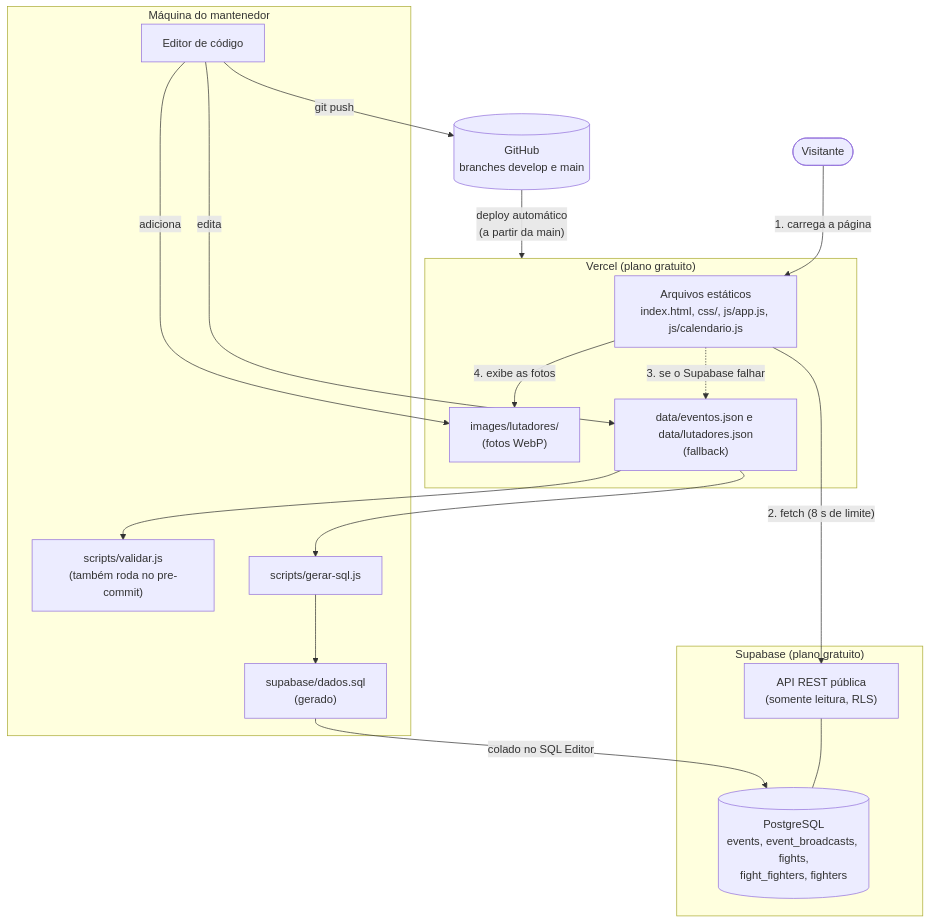
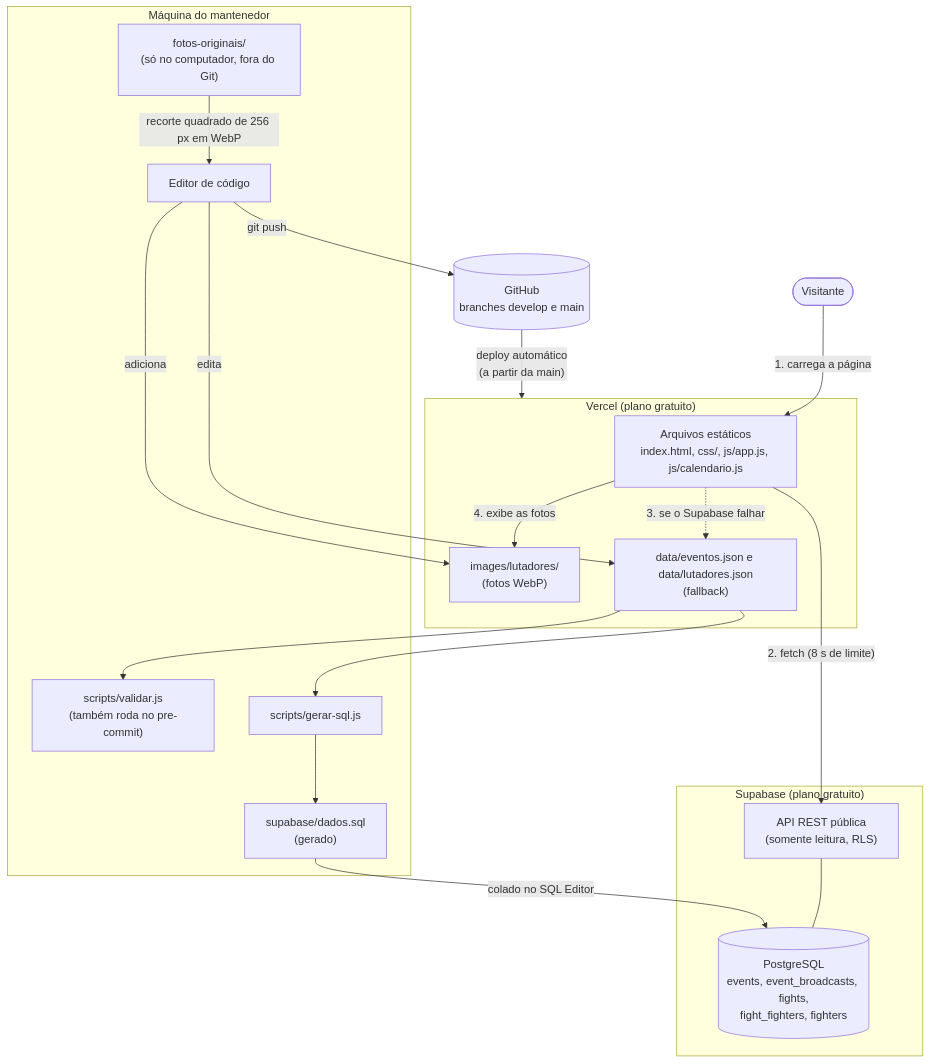
The second of 3 diagrams in docs/arquitetura.md (Gabriel-de-Lima-R/fight-club-events), drawn with Mermaid before and after one commit. The commit also changed other lines of this file and 2 other files, not shown here.

Commit message:
docs: atualiza CLAUDE.md, README e arquitetura com as fotos dos lutadores

````diff
--- a/docs/arquitetura.md
+++ b/docs/arquitetura.md
@@ -31,38 +31,40 @@
 ```mermaid
 flowchart TB
     visitante(["Visitante"])
 
     subgraph vercel ["Vercel (plano gratuito)"]
         estaticos["Arquivos estáticos<br/>index.html, css/, js/app.js, js/calendario.js"]
         fotos["images/lutadores/<br/>(fotos WebP)"]
         json["data/eventos.json e data/lutadores.json<br/>(fallback)"]
     end
 
     subgraph supabase ["Supabase (plano gratuito)"]
         api["API REST pública<br/>(somente leitura, RLS)"]
         banco[("PostgreSQL<br/>events, event_broadcasts, fights,<br/>fight_fighters, fighters")]
         api --- banco
     end
 
     subgraph maquina ["Máquina do mantenedor"]
         editor["Editor de código"]
         validar["scripts/validar.js<br/>(também roda no pre-commit)"]
         gerar["scripts/gerar-sql.js"]
         dadossql["supabase/dados.sql<br/>(gerado)"]
+        originais["fotos-originais/<br/>(só no computador, fora do Git)"]
     end
 
     github[("GitHub<br/>branches develop e main")]
 
     visitante -->|"1. carrega a página"| estaticos
     estaticos -->|"2. fetch (8 s de limite)"| api
     estaticos -.->|"3. se o Supabase falhar"| json
     estaticos -->|"4. exibe as fotos"| fotos
 
     editor -->|"edita"| json
+    originais -->|"recorte quadrado de 256 px em WebP"| editor
     editor -->|"adiciona"| fotos
     json --> validar
     json --> gerar --> dadossql
     dadossql -->|"colado no SQL Editor"| banco
     editor -->|"git push"| github
     github -->|"deploy automático<br/>(a partir da main)"| vercel
 ```
````
